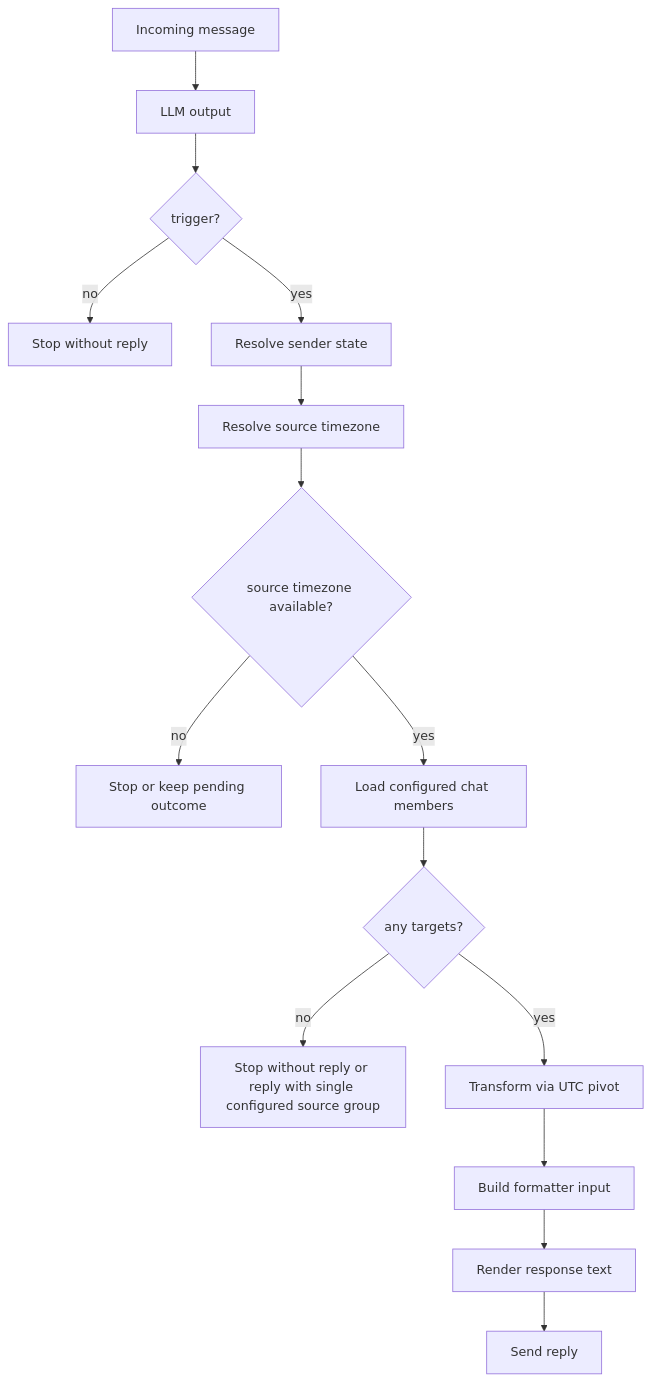
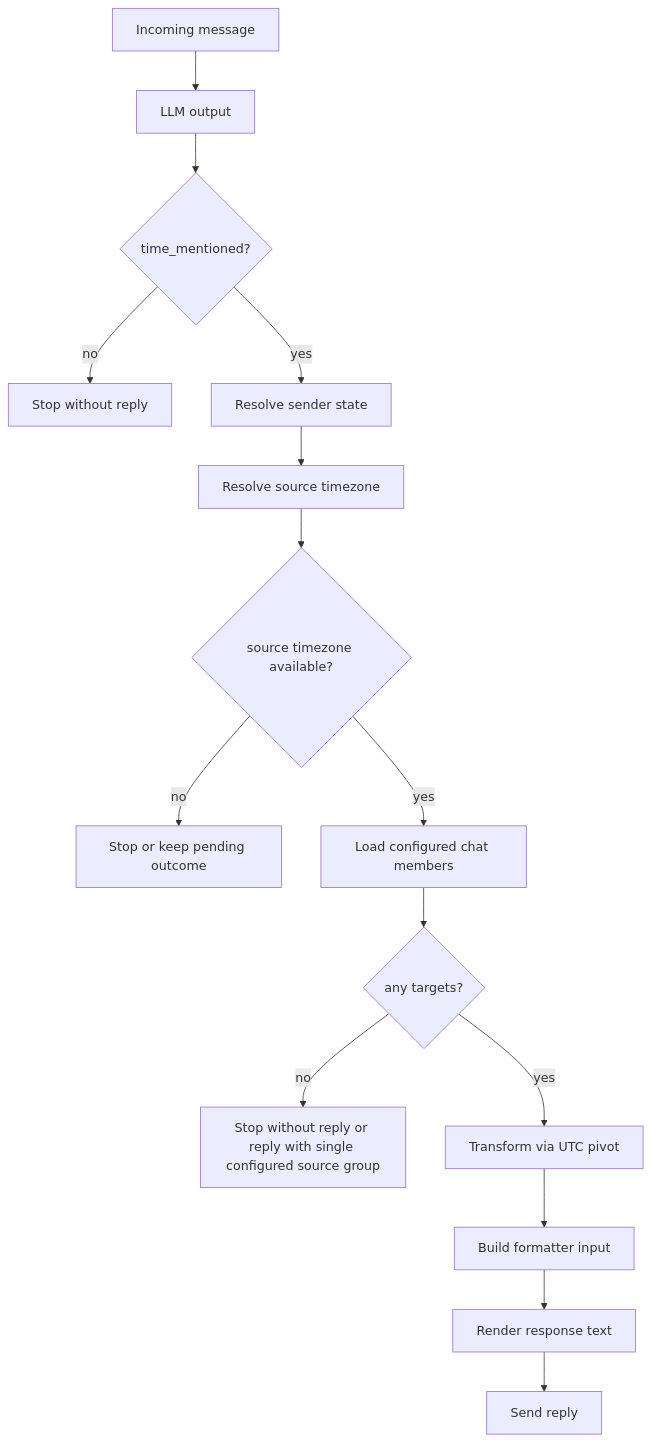
Before and after one commit to antlbn/Timezone_bot: the diagram in journal/03_transformation_specs.md, drawn with Mermaid. The commit also changed other lines of this file and 20 other files, not shown here.

````diff
--- a/journal/03_transformation_specs.md
+++ b/journal/03_transformation_specs.md
@@ -16,17 +16,17 @@
 ```mermaid
 flowchart TD
     A[Incoming message] --> B[LLM output]
-    B --> C{trigger?}
+    B --> C{time_mentioned?}
     C -- no --> X[Stop without reply]
     C -- yes --> D[Resolve sender state]
     D --> E[Resolve source timezone]
     E --> F{source timezone available?}
     F -- no --> Y[Stop or keep pending outcome]
     F -- yes --> G[Load configured chat members]
     G --> H{any targets?}
     H -- no --> Z[Stop without reply or reply with single configured source group]
     H -- yes --> I[Transform via UTC pivot]
     I --> J[Build formatter input]
     J --> K[Render response text]
     K --> L[Send reply]
 ```
````
